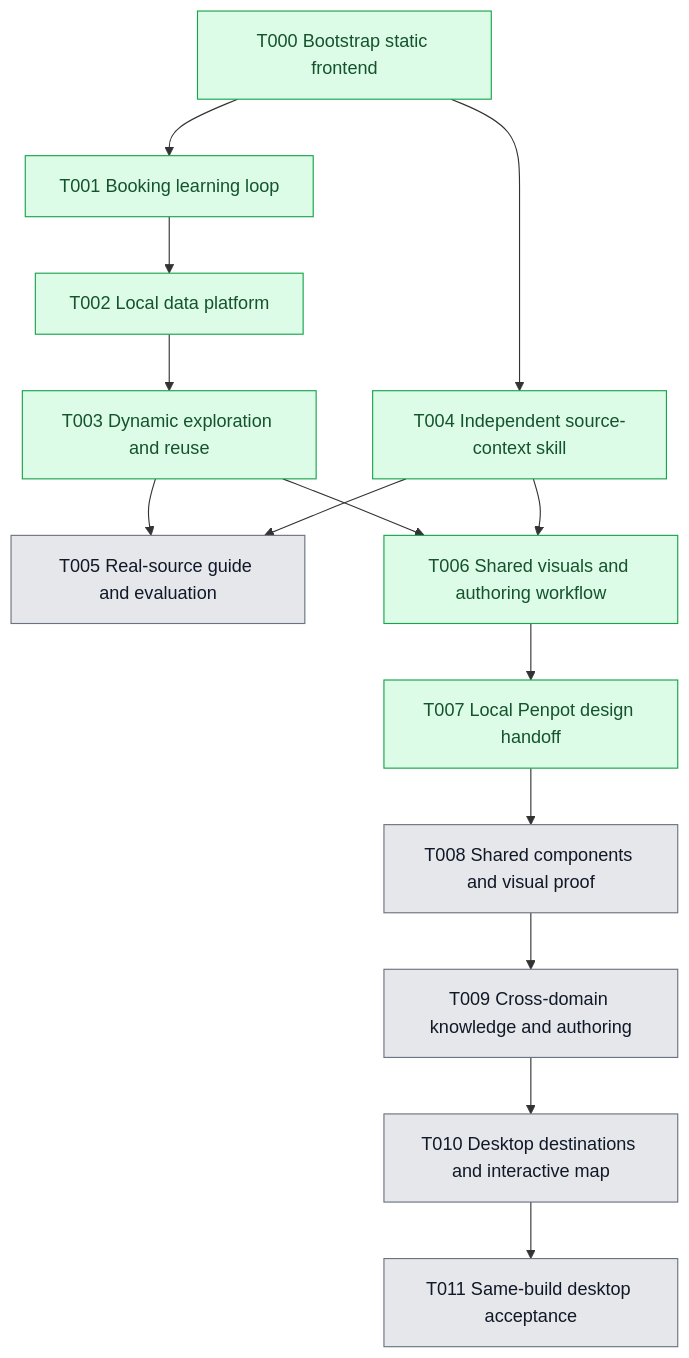
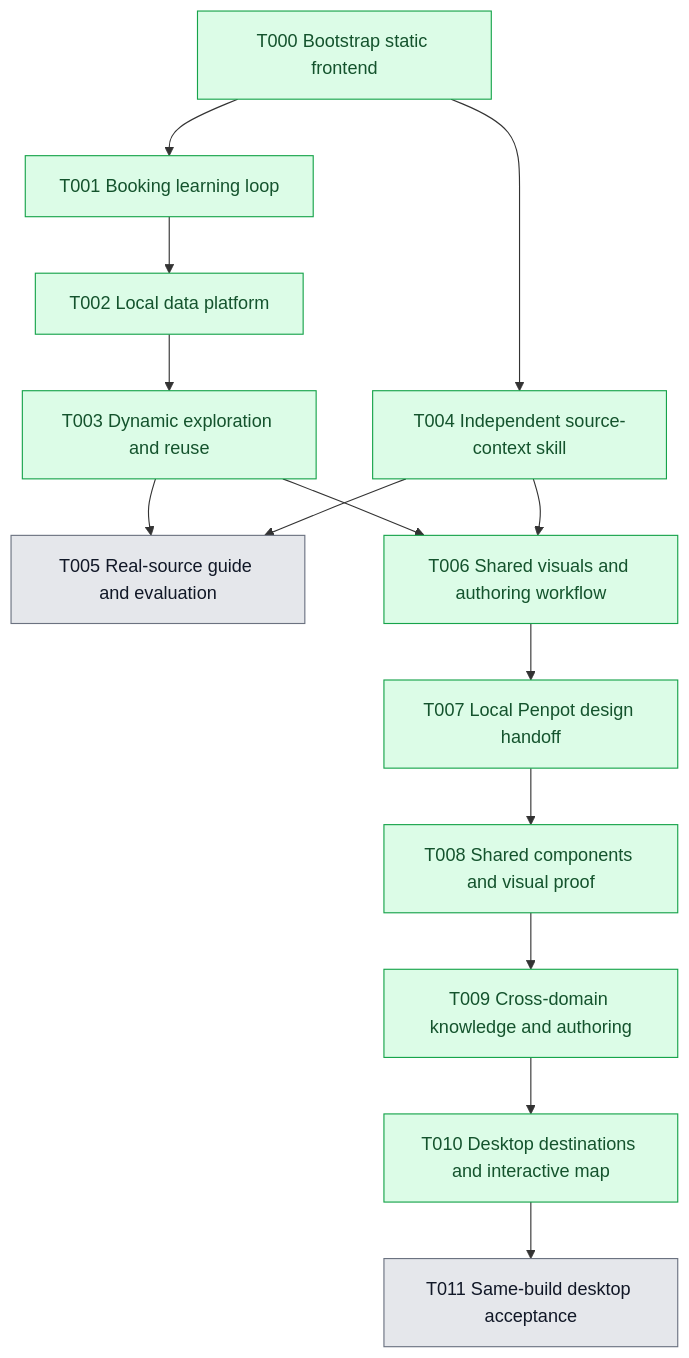
Before and after one commit to 0-sayed/atlas: the diagram in planning/roadmap/dependencies.mmd, drawn with Mermaid. The commit also changed 22 other files, not shown here.

First line of the commit message:
fix: complete single-project showcase and reconcile roadmap (#14)

```diff
--- a/planning/roadmap/dependencies.mmd
+++ b/planning/roadmap/dependencies.mmd
@@ -1,35 +1,35 @@
 flowchart TD
   T000["T000 Bootstrap static frontend"]
   T001["T001 Booking learning loop"]
   T002["T002 Local data platform"]
   T003["T003 Dynamic exploration and reuse"]
   T004["T004 Independent source-context skill"]
   T005["T005 Real-source guide and evaluation"]
   T006["T006 Shared visuals and authoring workflow"]
   T007["T007 Local Penpot design handoff"]
   T008["T008 Shared components and visual proof"]
   T009["T009 Cross-domain knowledge and authoring"]
   T010["T010 Desktop destinations and interactive map"]
   T011["T011 Same-build desktop acceptance"]
 
   T000 --> T001
   T001 --> T002
   T002 --> T003
   T000 --> T004
   T003 --> T005
   T004 --> T005
   T003 --> T006
   T004 --> T006
   T006 --> T007
   T007 --> T008
   T008 --> T009
   T009 --> T010
   T010 --> T011
 
   %% T005 human evaluation remains independent; it does not block desktop delivery.
 
   %% Match each node's class to the Done column in tasks.md.
   classDef pending fill:#E5E7EB,stroke:#6B7280,color:#111827
   classDef done fill:#DCFCE7,stroke:#16A34A,color:#14532D
-  class T000,T001,T002,T003,T004,T006,T007 done
-  class T005,T008,T009,T010,T011 pending
+  class T000,T001,T002,T003,T004,T006,T007,T008,T009,T010 done
+  class T005,T011 pending
```
